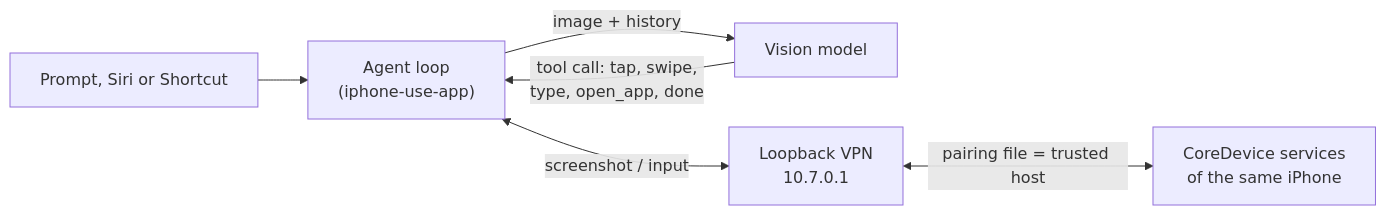
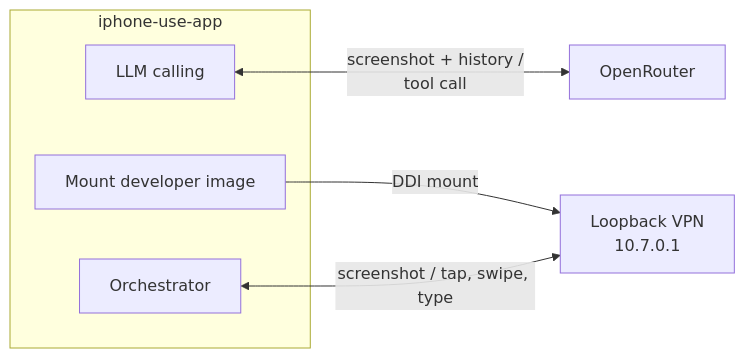
The diagram in README.md (EliotAndres/iphone-use-app), drawn with Mermaid before and after one commit.

Commit message:
README: clearer architecture diagram (app components, OpenRouter, loopback VPN)
Claude-Session: https://claude.ai/code/session_011QYYapBw2n6j2aDfMjBDzZ

````diff
--- a/README.md
+++ b/README.md
@@ -86,8 +86,11 @@
 ```mermaid
 flowchart LR
-  P["Prompt, Siri or Shortcut"] --> A["Agent loop<br/>(iphone-use-app)"]
-  A -- "image + history" --> M["Vision model"]
-  M -- "tool call: tap, swipe,<br/>type, open_app, done" --> A
-  A <-- "screenshot / input" --> V["Loopback VPN<br/>10.7.0.1"]
-  V <-- "pairing file = trusted host" --> C["CoreDevice services<br/>of the same iPhone"]
+  subgraph App["iphone-use-app"]
+    L["LLM calling"]
+    D["Mount developer image"]
+    O["Orchestrator"]
+  end
+  L <-- "screenshot + history /<br/>tool call" --> R["OpenRouter"]
+  D -- "DDI mount" --> V["Loopback VPN<br/>10.7.0.1"]
+  O <-- "screenshot / tap, swipe, type" --> V
 ```
````
